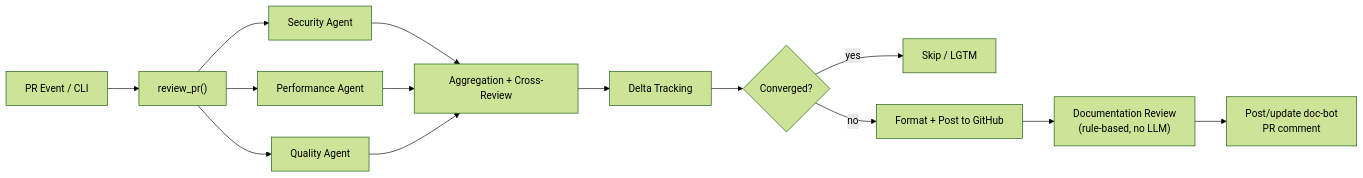
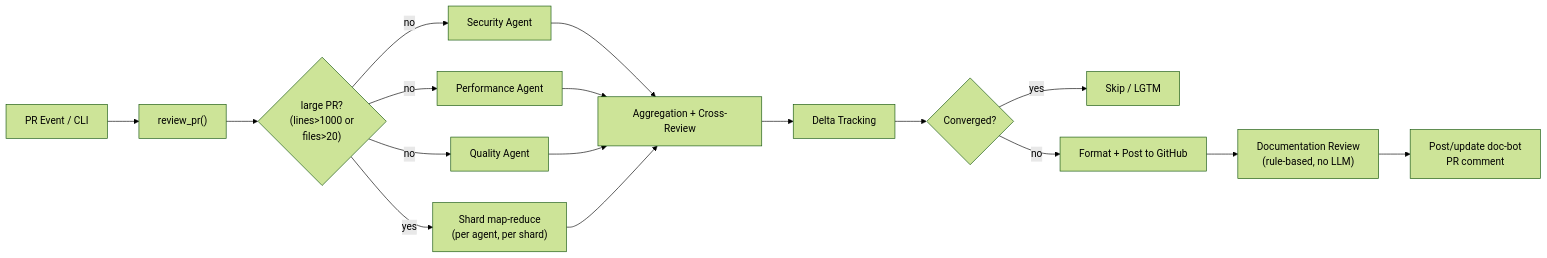
The first of 8 diagrams in docs/ARCHITECTURE.md (calimero-network/ai-code-reviewer), drawn with Mermaid (forest theme) before and after one commit. The commit also changed other lines of this file and 1 other file, not shown here.

Commit message:
docs: ARCHITECTURE + CHANGELOG for sharded review, cache sharing, breaker fix, tool-result cap

````diff
--- a/docs/ARCHITECTURE.md
+++ b/docs/ARCHITECTURE.md
@@ -33,17 +33,20 @@
 ```mermaid
 flowchart LR
     PR["PR Event / CLI"]
     PR --> Pipeline["review_pr()"]
-    Pipeline --> A1["Security Agent"]
-    Pipeline --> A2["Performance Agent"]
-    Pipeline --> A3["Quality Agent"]
+    Pipeline --> Size{"large PR?\n(lines>1000 or\nfiles>20)"}
+    Size -- no --> A1["Security Agent"]
+    Size -- no --> A2["Performance Agent"]
+    Size -- no --> A3["Quality Agent"]
+    Size -- yes --> Shard["Shard map-reduce\n(per agent, per shard)"]
     A1 --> Agg["Aggregation + Cross-Review"]
     A2 --> Agg
     A3 --> Agg
+    Shard --> Agg
     Agg --> Delta["Delta Tracking"]
     Delta --> Conv{"Converged?"}
     Conv -- yes --> Skip["Skip / LGTM"]
     Conv -- no --> Post["Format + Post to GitHub"]
     Post --> DocReview["Documentation Review\n(rule-based, no LLM)"]
     DocReview --> DocComment["Post/update doc-bot\nPR comment"]
 ```
````
